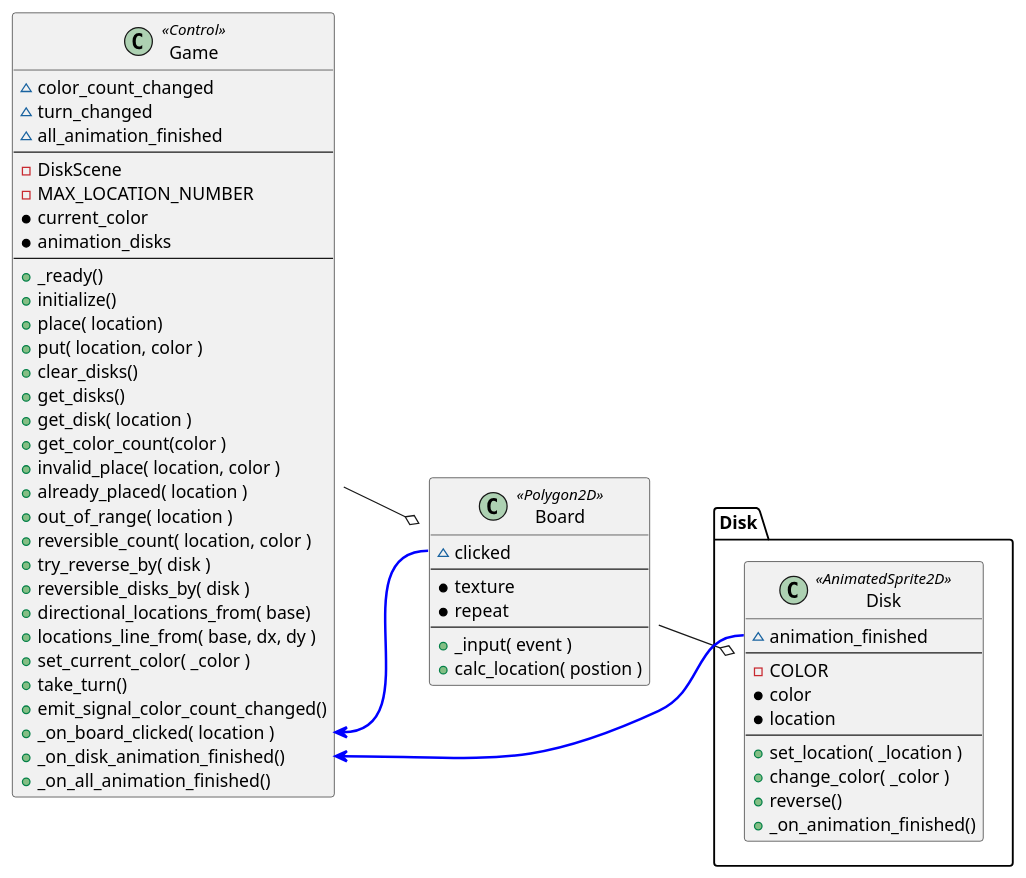
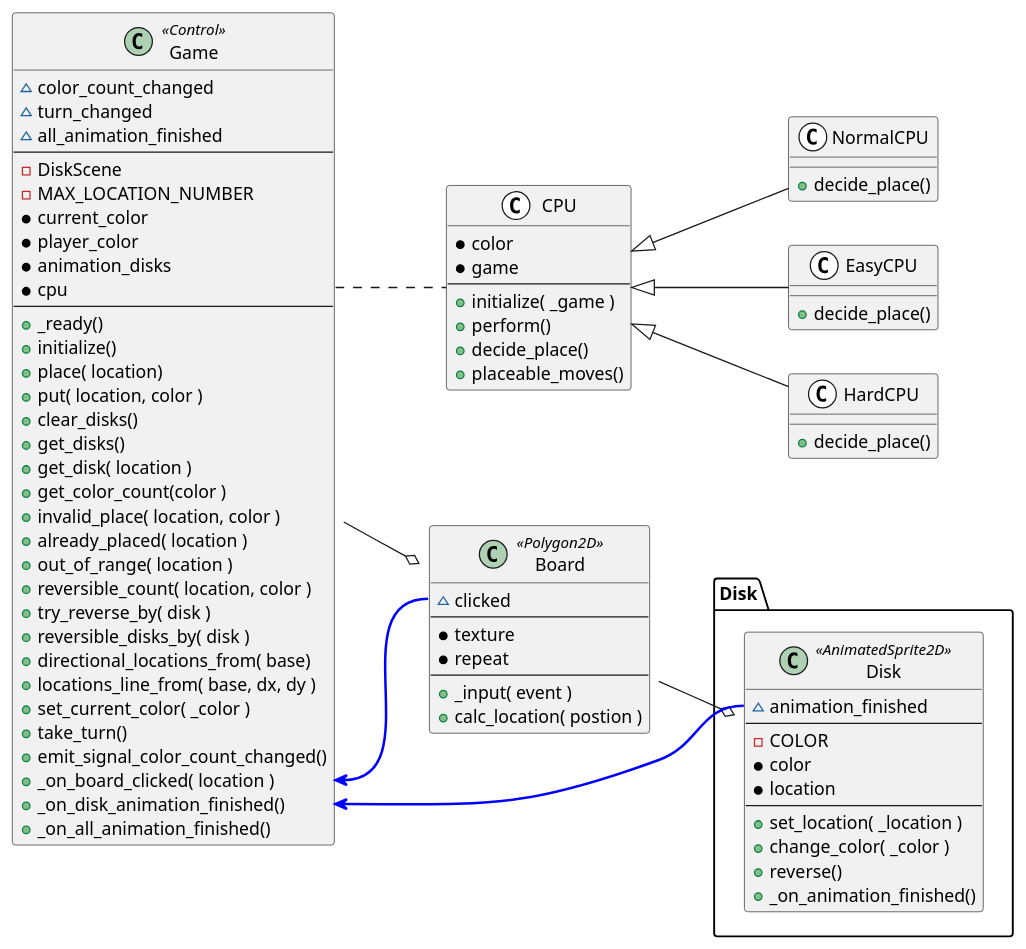
One commit to tkmfujise/Godot-simple_game-examples changed the second of 2 diagrams in Reversi/doc/Diagram.adoc. Above: the diagram before and after it, drawn with PlantUML. The commit also changed other lines of this file and 12 other files, not shown here.

```diff
--- a/Reversi/doc/Diagram.adoc
+++ b/Reversi/doc/Diagram.adoc
@@ -125,7 +127,9 @@
   - DiskScene
   - MAX_LOCATION_NUMBER
   * current_color
+  * player_color
   * animation_disks
+  * cpu
   ---
   + _ready()
   + initialize()
@@ -173,6 +177,24 @@
     + _on_animation_finished()
   }
 }
+class CPU <<(C,white)>> {
+  * color
+  * game
+  ---
+  + initialize( _game )
+  + perform()
+  + decide_place()
+  + placeable_moves()
+}
+class NormalCPU <<(C,white)>> {
+  + decide_place()
+}
+class EasyCPU <<(C,white)>> {
+  + decide_place()
+}
+class HardCPU <<(C,white)>> {
+  + decide_place()
+}
 
 left to right direction
 
@@ -181,4 +203,9 @@
 
 Game::_on_board_clicked <-[#blue,thickness=2]- Board::clicked
 Game::_on_disk_animation_finished <-[#blue,thickness=2]- Disk::animation_finished
+
+Game::cpu .. CPU
+CPU <|-- EasyCPU
+CPU <|-- NormalCPU
+CPU <|-- HardCPU
 ....
```
